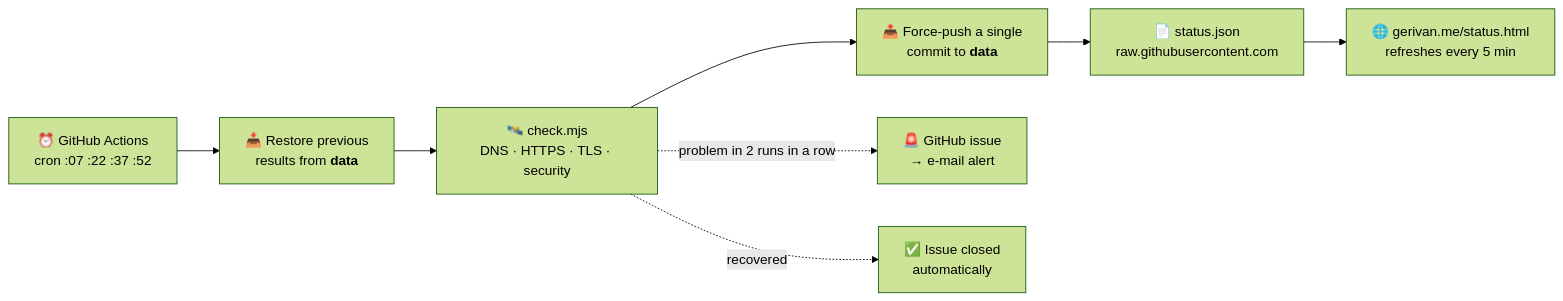
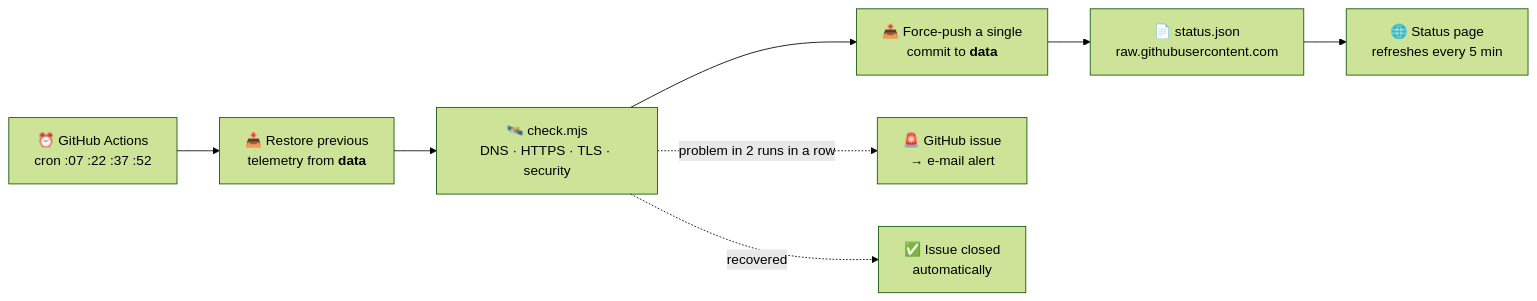
Before and after one commit to gerivanc/gerivan-status: the second of 2 diagrams in README.md, drawn with Mermaid (forest theme). The commit also changed other lines of this file, not shown here.

````diff
--- a/README.md
+++ b/README.md
@@ -49,10 +138,10 @@
 ```mermaid
 flowchart LR
-    A["⏰ GitHub Actions<br/>cron :07 :22 :37 :52"] --> B["📥 Restore previous<br/>results from <b>data</b>"]
+    A["⏰ GitHub Actions<br/>cron :07 :22 :37 :52"] --> B["📥 Restore previous<br/>telemetry from <b>data</b>"]
     B --> C["🛰️ check.mjs<br/>DNS · HTTPS · TLS · security"]
     C --> D["📤 Force-push a single<br/>commit to <b>data</b>"]
     D --> E["📄 status.json<br/>raw.githubusercontent.com"]
-    E --> F["🌐 gerivan.me/status.html<br/>refreshes every 5 min"]
+    E --> F["🌐 Status page<br/>refreshes every 5 min"]
     C -. "problem in 2 runs in a row" .-> G["🚨 GitHub issue<br/>→ e-mail alert"]
     C -. "recovered" .-> H["✅ Issue closed<br/>automatically"]
 ```
````
